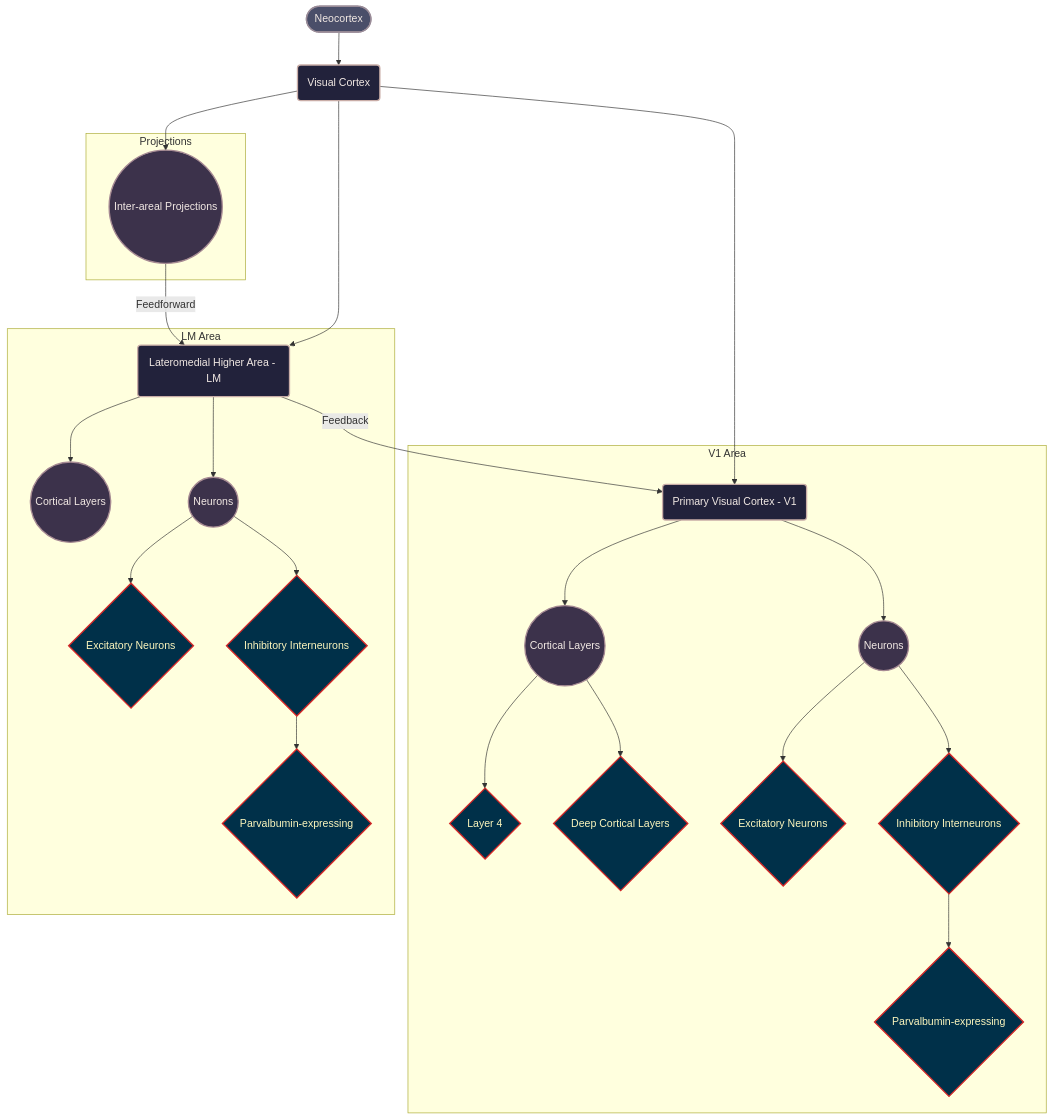
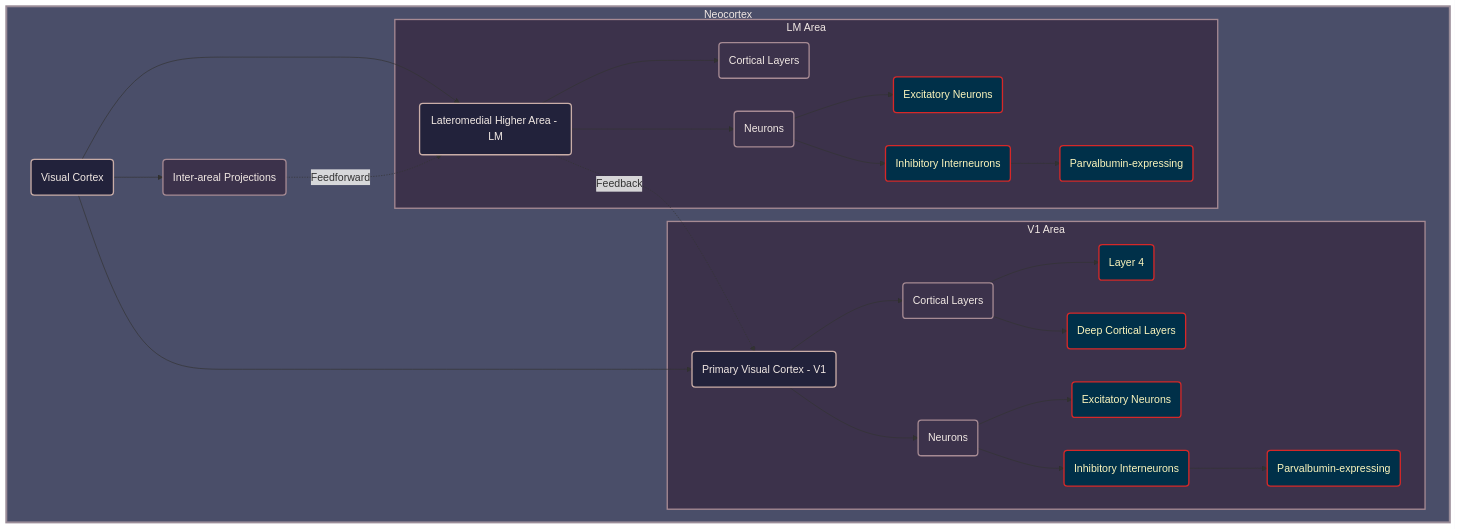
One commit to danindiana/Deep_Convo_GPT changed the first of 5 diagrams in tenstorrent/kernel_talk/AUG_26_2025/dynamic_cortex.md. Above: the diagram before and after it, drawn with Mermaid.

````diff
--- a/tenstorrent/kernel_talk/AUG_26_2025/dynamic_cortex.md
+++ b/tenstorrent/kernel_talk/AUG_26_2025/dynamic_cortex.md
@@ -1,43 +1,51 @@
 ```mermaid
 graph TD
     %% Define Styles for a Black Background
-    classDef cortex fill:#4a4e69,stroke:#9a8c98,stroke-width:2px,color:#f2e9e4
+    classDef cortex fill:#4a4e69,stroke:#9a8c98,stroke-width:3px,color:#f2e9e4
     classDef region fill:#22223b,stroke:#c9ada7,stroke-width:2px,color:#f2e9e4
     classDef structure fill:#3c324b,stroke:#a68a93,stroke-width:2px,color:#f2e9e4
     classDef neuron fill:#003049,stroke:#d62828,stroke-width:2px,color:#fcf6bd
-    classDef pathway fill:#003049,stroke:#f77f00,stroke-width:2px,color:#fcf6bd
 
-    %% Define Nodes and Shapes
-    A([Neocortex]):::cortex --> B(Visual Cortex):::region
+    %% Main Diagram Structure
+    subgraph Neocortex["Neocortex"]
+        B(Visual Cortex)
 
-    subgraph V1 Area
-        C(Primary Visual Cortex - V1):::region
-        C --> C1((Cortical Layers)):::structure
-        C1 --> C1a{Layer 4}:::neuron
-        C1 --> C1b{Deep Cortical Layers}:::neuron
-        C --> C2((Neurons)):::structure
-        C2 --> C2a{Excitatory Neurons}:::neuron
-        C2 --> C2b{Inhibitory Interneurons}:::neuron
-        C2b --> C2bi{Parvalbumin-expressing}:::neuron
+        subgraph V1_Area["V1 Area"]
+            C(Primary Visual Cortex - V1)
+            C --> C1(Cortical Layers)
+            C1 --> C1a(Layer 4)
+            C1 --> C1b(Deep Cortical Layers)
+            C --> C2(Neurons)
+            C2 --> C2a(Excitatory Neurons)
+            C2 --> C2b(Inhibitory Interneurons)
+            C2b --> C2bi(Parvalbumin-expressing)
+        end
+
+        subgraph LM_Area["LM Area"]
+            D(Lateromedial Higher Area - LM)
+            D --> D1(Cortical Layers)
+            D --> D2(Neurons)
+            D2 --> D2a(Excitatory Neurons)
+            D2 --> D2b(Inhibitory Interneurons)
+            D2b --> D2bi(Parvalbumin-expressing)
+        end
+
+        E(Inter-areal Projections)
+
+        %% Define Connections
+        B --> C
+        B --> D
+        B --> E
+        
+        E -.-> |Feedforward| D
+        D -.-> |Feedback| C
     end
 
-    subgraph LM Area
-        D(Lateromedial Higher Area - LM):::region
-        D --> D1((Cortical Layers)):::structure
-        D --> D2((Neurons)):::structure
-        D2 --> D2a{Excitatory Neurons}:::neuron
-        D2 --> D2b{Inhibitory Interneurons}:::neuron
-        D2b --> D2bi{Parvalbumin-expressing}:::neuron
-    end
-
-    subgraph Projections
-        E((Inter-areal Projections)):::structure
-        E -- Feedforward --> D
-        D -- Feedback --> C
-    end
-
-    %% Define Connections
-    B --> C
-    B --> D
-    B --> E
+    %% Apply Styles to Nodes
+    class Neocortex cortex
+    class B,C,D region
+    class C1,C2,D1,D2,E structure
+    class C1a,C1b,C2a,C2b,C2bi,D2a,D2b,D2bi neuron
+    class V1_Area structure
+    class LM_Area structure
 ```
````
